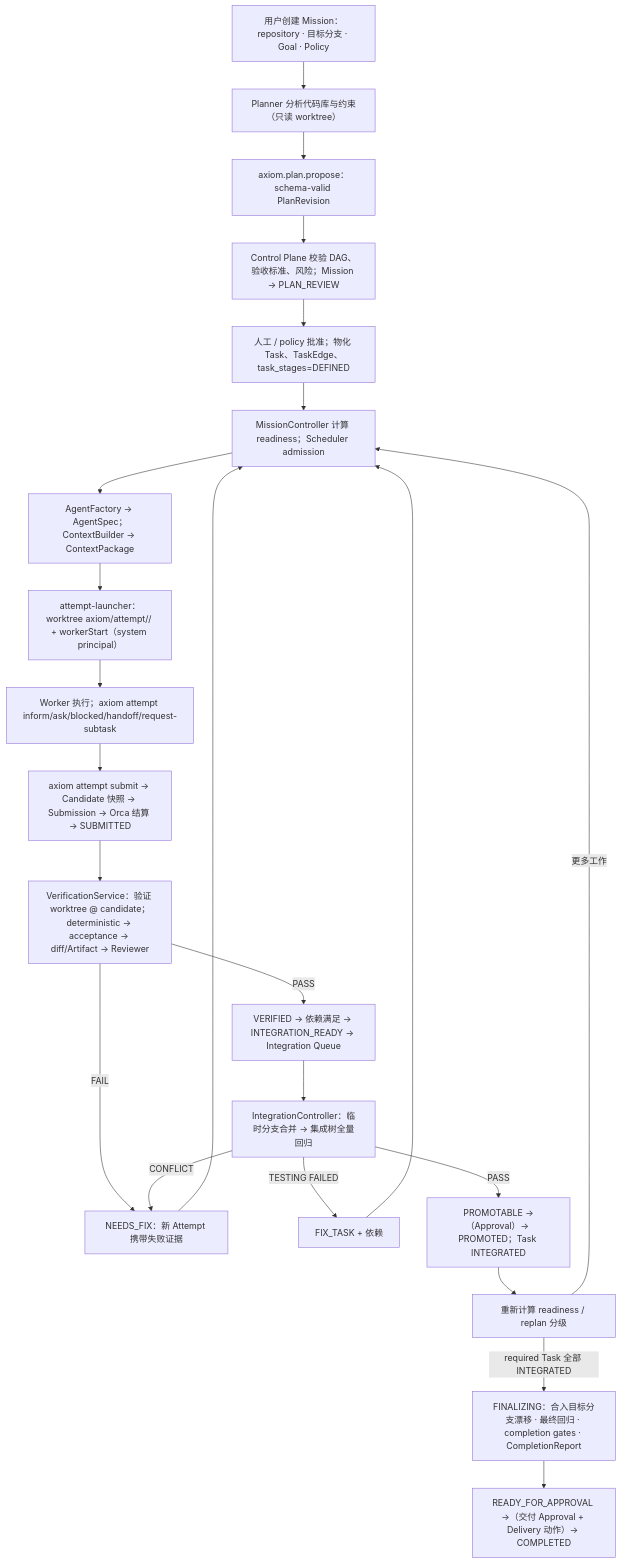
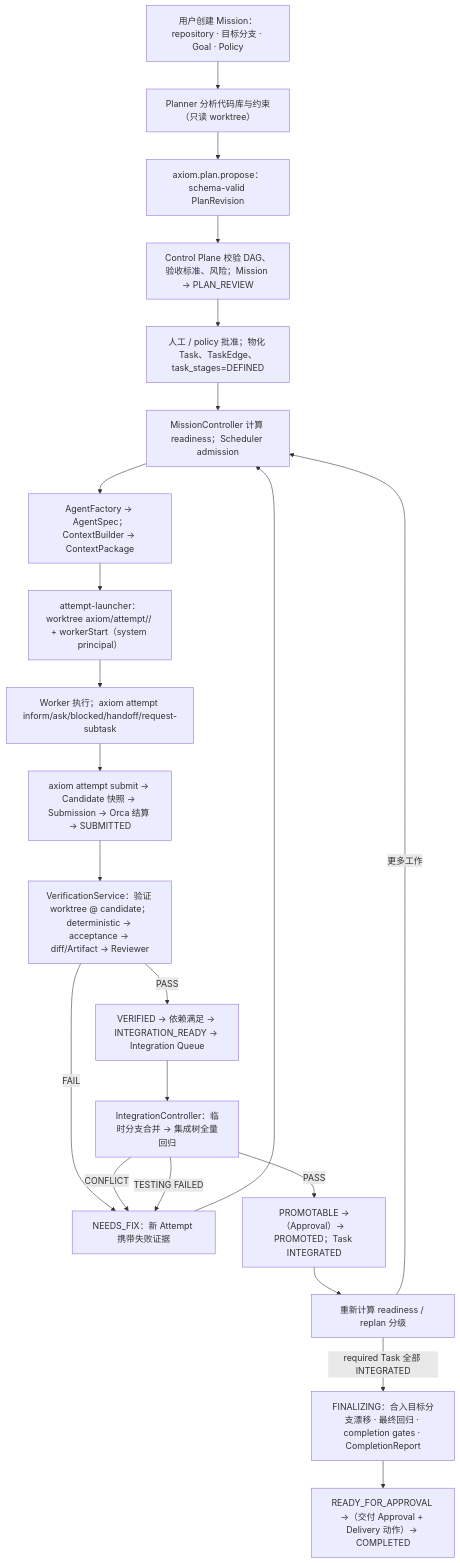
One commit to LaPaGaYo/Axiom changed the second of 2 diagrams in docs/ARCHITECTURE.md. Above: the diagram before and after it, drawn with Mermaid. The commit also changed other lines of this file and 7 other files, not shown here.

````diff
--- a/docs/ARCHITECTURE.md
+++ b/docs/ARCHITECTURE.md
@@ -273,25 +280,24 @@
 ```mermaid
 flowchart TD
   A["用户创建 Mission：repository · 目标分支 · Goal · Policy"] --> B["Planner 分析代码库与约束（只读 worktree）"]
   B --> C["axiom.plan.propose：schema-valid PlanRevision"]
   C --> D["Control Plane 校验 DAG、验收标准、风险；Mission → PLAN_REVIEW"]
   D --> E["人工 / policy 批准；物化 Task、TaskEdge、task_stages=DEFINED"]
   E --> F["MissionController 计算 readiness；Scheduler admission"]
   F --> G["AgentFactory → AgentSpec；ContextBuilder → ContextPackage"]
   G --> H["attempt-launcher：worktree axiom/attempt/<taskId>/<seq> + workerStart（system principal）"]
   H --> I["Worker 执行；axiom attempt inform/ask/blocked/handoff/request-subtask"]
   I --> J["axiom attempt submit → Candidate 快照 → Submission → Orca 结算 → SUBMITTED"]
   J --> K["VerificationService：验证 worktree @ candidate；deterministic → acceptance → diff/Artifact → Reviewer"]
   K -->|FAIL| L["NEEDS_FIX：新 Attempt 携带失败证据"]
   L --> F
   K -->|PASS| M["VERIFIED → 依赖满足 → INTEGRATION_READY → Integration Queue"]
   M --> N["IntegrationController：临时分支合并 → 集成树全量回归"]
   N -->|CONFLICT| L
-  N -->|TESTING FAILED| O["FIX_TASK + 依赖"]
-  O --> F
+  N -->|TESTING FAILED| L
   N -->|PASS| P["PROMOTABLE →（Approval）→ PROMOTED；Task INTEGRATED"]
   P --> Q["重新计算 readiness / replan 分级"]
   Q -->|更多工作| F
   Q -->|required Task 全部 INTEGRATED| R["FINALIZING：合入目标分支漂移 · 最终回归 · completion gates · CompletionReport"]
   R --> S["READY_FOR_APPROVAL →（交付 Approval + Delivery 动作）→ COMPLETED"]
 ```
````
